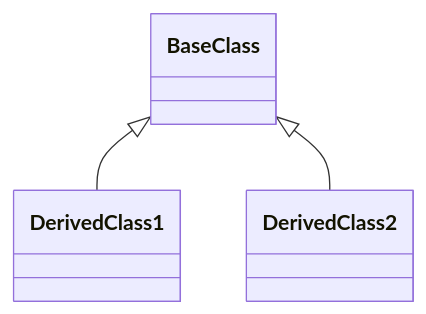
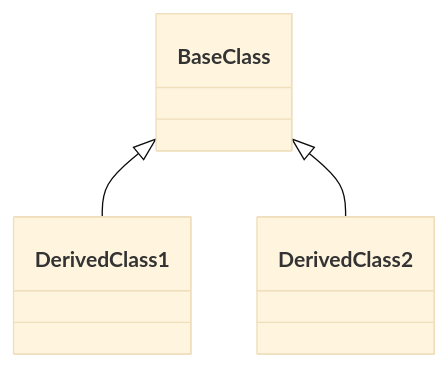
Before and after one commit to hproof/claude-market-gamedev: the first of 5 diagrams in plugins/code-analyzer/skills/module-analyzer/SKILL.md, drawn with Mermaid. The commit also changed other lines of this file and 1 other file, not shown here.

First line of the commit message:
feat(code-analyzer): 优化 Mermaid 图表高度显示

````diff
--- a/plugins/code-analyzer/skills/module-analyzer/SKILL.md
+++ b/plugins/code-analyzer/skills/module-analyzer/SKILL.md
@@ -141,5 +142,6 @@
 ```mermaid
+%%{init: {'theme': 'base', 'class': { 'useMaxWidth': true, 'padding': 16 }}}%%
 classDiagram
     BaseClass <|-- DerivedClass1
     BaseClass <|-- DerivedClass2
 ```
````
